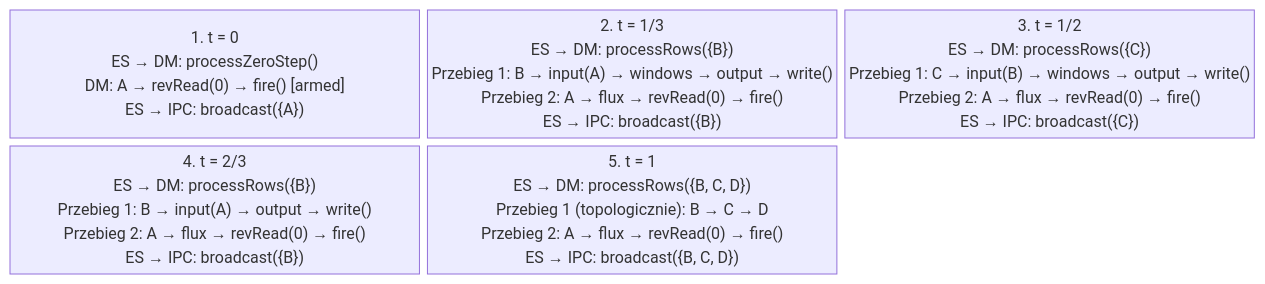
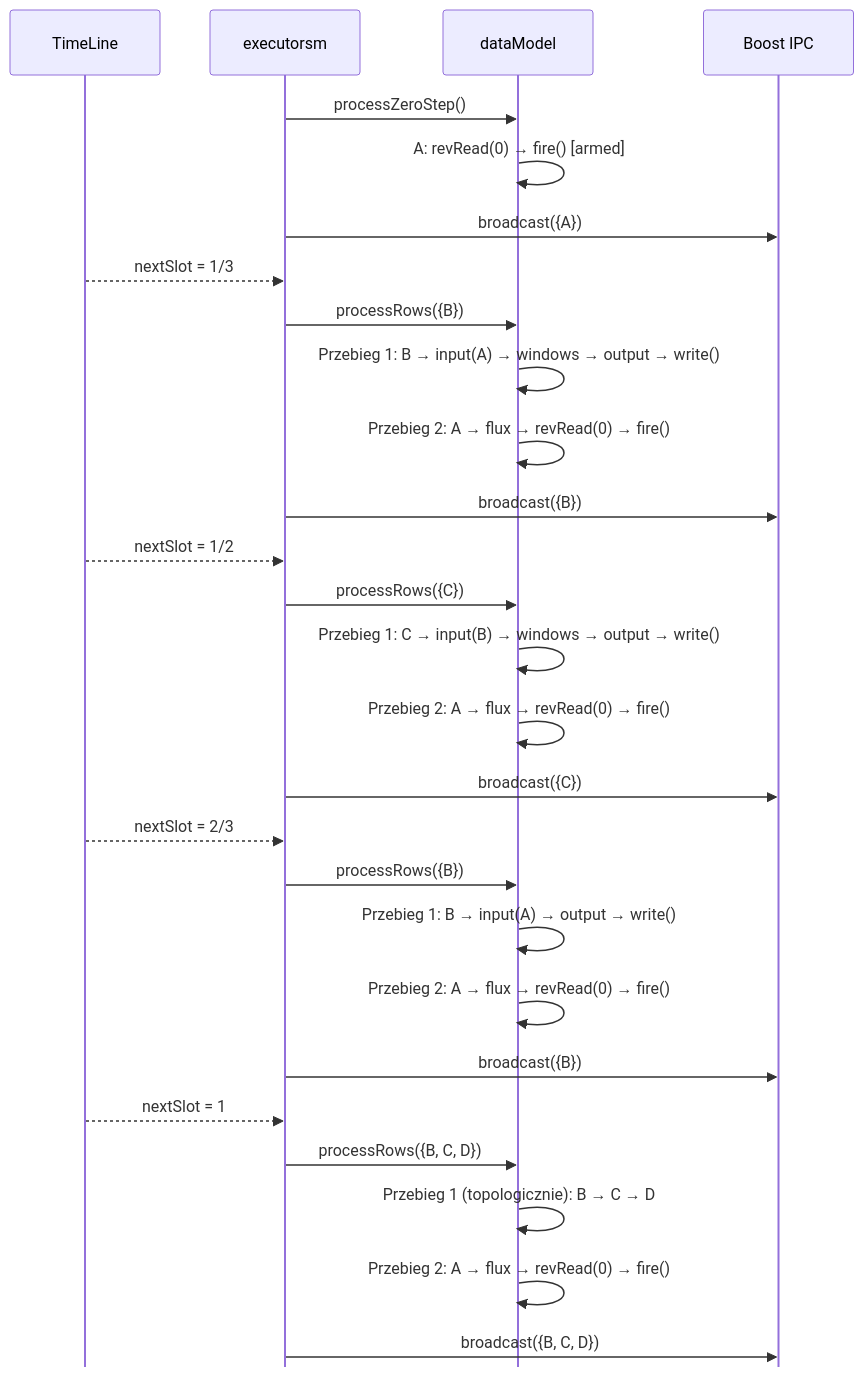
One commit to michalwidera/dokumentacja-rdb changed the sixth of 6 diagrams in realizacja-zapytan/algorytm-przegladu-drzewa-zapytan.md. Above: the diagram before and after it, drawn with Mermaid. The commit also changed other lines of this file and 5 other files, not shown here.

````diff
--- a/realizacja-zapytan/algorytm-przegladu-drzewa-zapytan.md
+++ b/realizacja-zapytan/algorytm-przegladu-drzewa-zapytan.md
@@ -196,13 +197,38 @@
 ```mermaid
 %% pdf-width: 85%
-%% pdf-height: 45%
-%%{init: {"markdownAutoWrap": false}}%%
-block-beta
-    columns 3
-    Z["1. t = 0<br/>ES → DM: processZeroStep()<br/>DM: A → revRead(0) → fire() [armed]<br/>ES → IPC: broadcast({A})"]
-    T13["2. t = 1/3<br/>ES → DM: processRows({B})<br/>Przebieg 1: B → input(A) → windows → output → write()<br/>Przebieg 2: A → flux → revRead(0) → fire()<br/>ES → IPC: broadcast({B})"]
-    T12["3. t = 1/2<br/>ES → DM: processRows({C})<br/>Przebieg 1: C → input(B) → windows → output → write()<br/>Przebieg 2: A → flux → revRead(0) → fire()<br/>ES → IPC: broadcast({C})"]
-    T23["4. t = 2/3<br/>ES → DM: processRows({B})<br/>Przebieg 1: B → input(A) → output → write()<br/>Przebieg 2: A → flux → revRead(0) → fire()<br/>ES → IPC: broadcast({B})"]
-    T1["5. t = 1<br/>ES → DM: processRows({B, C, D})<br/>Przebieg 1 (topologicznie): B → C → D<br/>Przebieg 2: A → flux → revRead(0) → fire()<br/>ES → IPC: broadcast({B, C, D})"]
-    space:1
+%% pdf-height: 65%
+%%{init: {"markdownAutoWrap": false, "sequence": {"mirrorActors": false, "messageMargin": 22, "boxMargin": 6}}}%%
+sequenceDiagram
+    participant TL as TimeLine
+    participant ES as executorsm
+    participant DM as dataModel
+    participant IPC as Boost IPC
+
+    ES->>DM: processZeroStep()
+    DM->>DM: A: revRead(0) → fire() [armed]
+    ES->>IPC: broadcast({A})
+
+    TL-->>ES: nextSlot = 1/3
+    ES->>DM: processRows({B})
+    DM->>DM: Przebieg 1: B → input(A) → windows → output → write()
+    DM->>DM: Przebieg 2: A → flux → revRead(0) → fire()
+    ES->>IPC: broadcast({B})
+
+    TL-->>ES: nextSlot = 1/2
+    ES->>DM: processRows({C})
+    DM->>DM: Przebieg 1: C → input(B) → windows → output → write()
+    DM->>DM: Przebieg 2: A → flux → revRead(0) → fire()
+    ES->>IPC: broadcast({C})
+
+    TL-->>ES: nextSlot = 2/3
+    ES->>DM: processRows({B})
+    DM->>DM: Przebieg 1: B → input(A) → output → write()
+    DM->>DM: Przebieg 2: A → flux → revRead(0) → fire()
+    ES->>IPC: broadcast({B})
+
+    TL-->>ES: nextSlot = 1
+    ES->>DM: processRows({B, C, D})
+    DM->>DM: Przebieg 1 (topologicznie): B → C → D
+    DM->>DM: Przebieg 2: A → flux → revRead(0) → fire()
+    ES->>IPC: broadcast({B, C, D})
 ```
````
